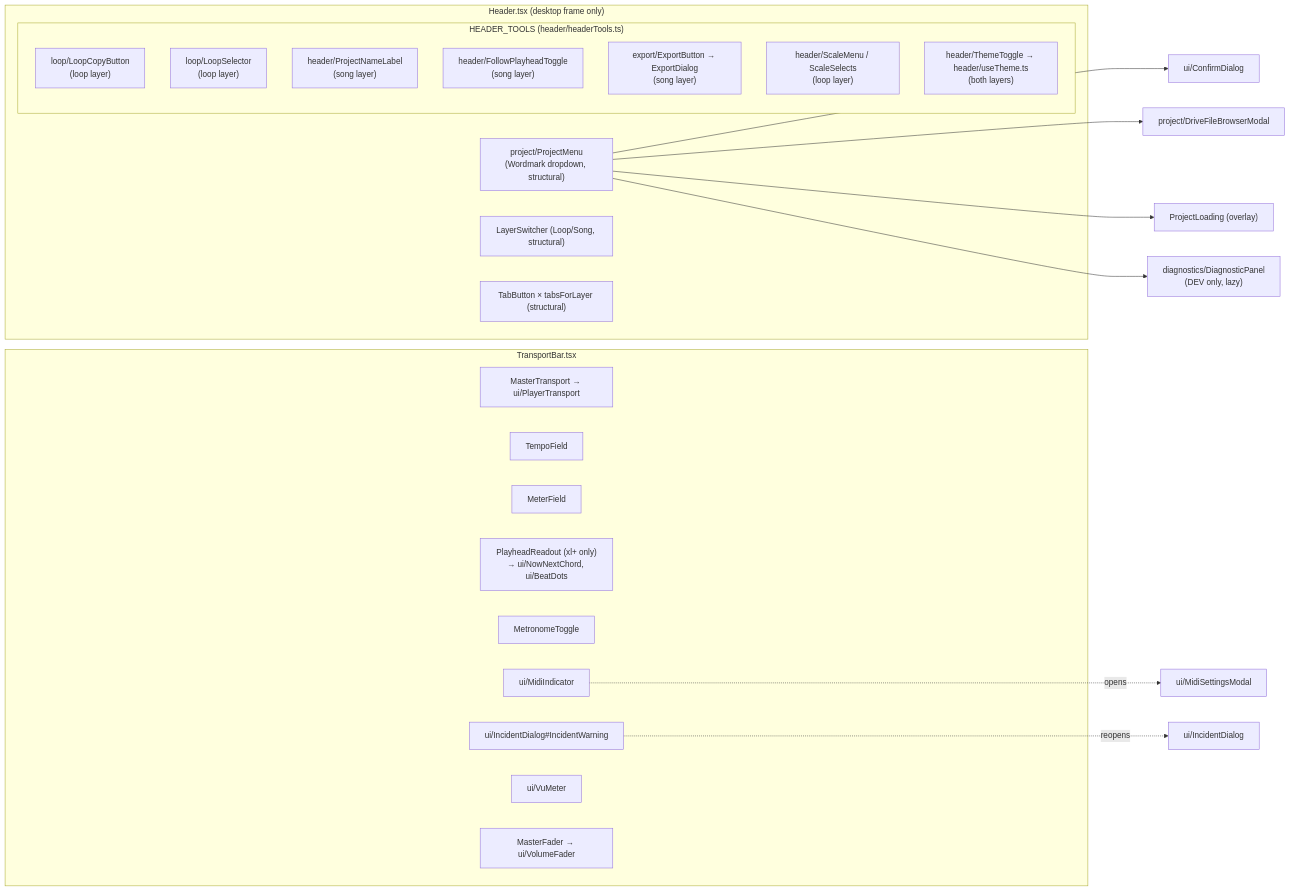
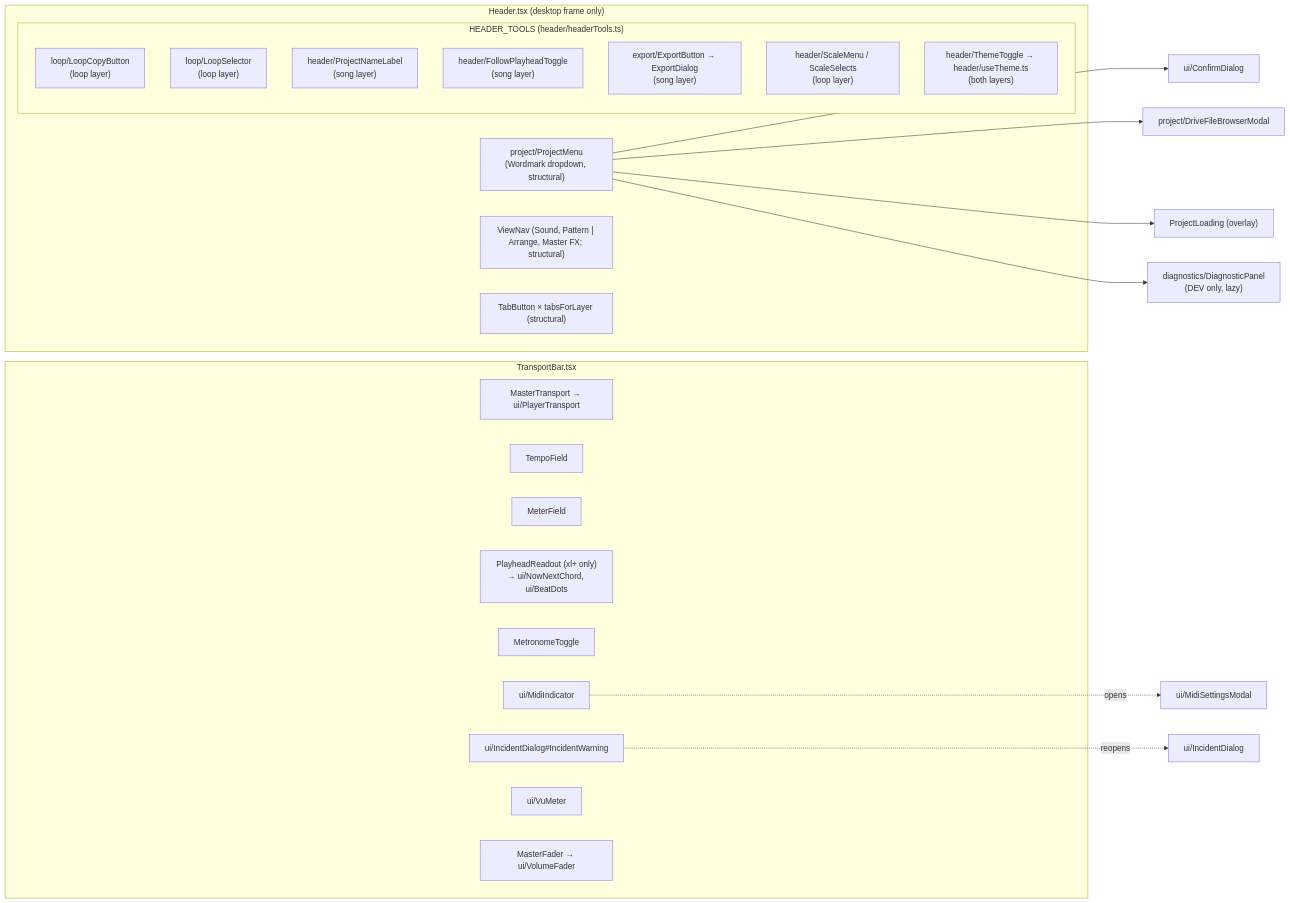
The second of 5 diagrams in docs/architecture/structure/01-ui.md (themiddnight/solna), drawn with Mermaid before and after one commit. The commit also changed other lines of this file and 9 other files, not shown here.

First line of the commit message:
feat(ui): one-click view tabs on desktop, no layer switch

````diff
--- a/docs/architecture/structure/01-ui.md
+++ b/docs/architecture/structure/01-ui.md
@@ -90,34 +90,34 @@
 ```mermaid
 flowchart LR
   subgraph Header["Header.tsx (desktop frame only)"]
     PM["project/ProjectMenu<br/>(Wordmark dropdown, structural)"]
-    LS["LayerSwitcher (Loop/Song, structural)"]
+    VN["ViewNav (Sound, Pattern | Arrange, Master FX; structural)"]
     subgraph Tools["HEADER_TOOLS (header/headerTools.ts)"]
       LCB["loop/LoopCopyButton<br/>(loop layer)"]
       LSel["loop/LoopSelector<br/>(loop layer)"]
       PNL["header/ProjectNameLabel<br/>(song layer)"]
       FPT["header/FollowPlayheadToggle<br/>(song layer)"]
       EXP["export/ExportButton → ExportDialog<br/>(song layer)"]
       SM["header/ScaleMenu / ScaleSelects<br/>(loop layer)"]
       TH["header/ThemeToggle → header/useTheme.ts<br/>(both layers)"]
     end
     TB["TabButton × tabsForLayer (structural)"]
   end
   PM --> CD["ui/ConfirmDialog"]
   PM --> DFB["project/DriveFileBrowserModal"]
   PM --> PLo["ProjectLoading (overlay)"]
   PM --> DP["diagnostics/DiagnosticPanel<br/>(DEV only, lazy)"]
   subgraph Transport["TransportBar.tsx"]
     MT["MasterTransport → ui/PlayerTransport"]
     TF["TempoField"]
     MF["MeterField"]
     PR["PlayheadReadout (xl+ only)<br/>→ ui/NowNextChord, ui/BeatDots"]
     MET["MetronomeToggle"]
     MIDI["ui/MidiIndicator"]
     IW["ui/IncidentDialog#IncidentWarning"]
     VU["ui/VuMeter"]
     MFd["MasterFader → ui/VolumeFader"]
   end
   MIDI -. opens .-> MSM["ui/MidiSettingsModal"]
   IW -. reopens .-> IDlg["ui/IncidentDialog"]
 ```
````
